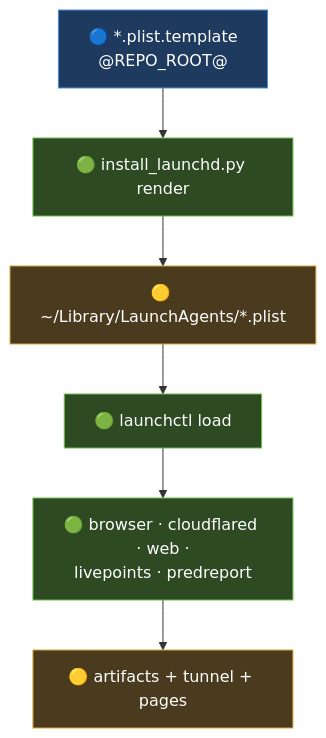
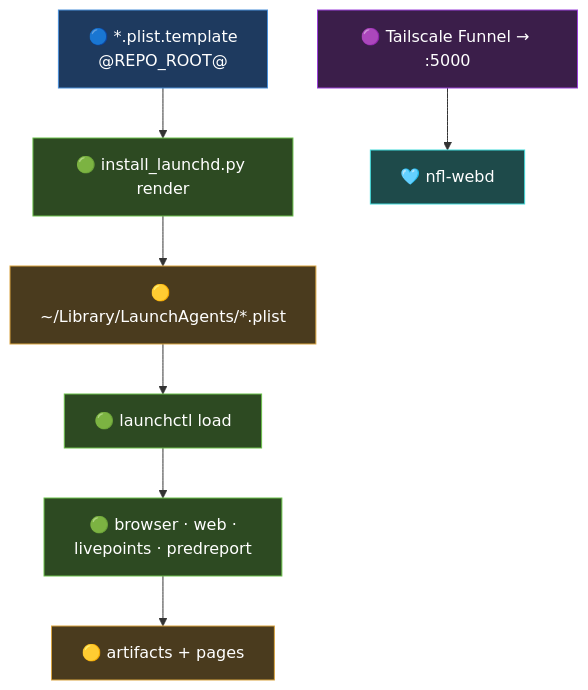
The second of 2 diagrams in docs/code/TESTS_INFRA.md (m0n3r0/nfl), drawn with Mermaid before and after one commit. The commit also changed other lines of this file and 12 other files, not shown here.

First line of the commit message:
web edge: replace cloudflared quick tunnel with Tailscale Funnel

````diff
--- a/docs/code/TESTS_INFRA.md
+++ b/docs/code/TESTS_INFRA.md
@@ -77,14 +78,19 @@
 ```mermaid
 flowchart TD
     TPL["🔵 *.plist.template<br/>@REPO_ROOT@"] --> RENDER["🟢 install_launchd.py render"]
     RENDER --> PLIST["🟡 ~/Library/LaunchAgents/*.plist"]
     PLIST --> LOAD["🟢 launchctl load"]
-    LOAD --> AGENTS["🟢 browser · cloudflared · web ·<br/>livepoints · predreport"]
-    AGENTS --> ART["🟡 artifacts + tunnel + pages"]
+    LOAD --> AGENTS["🟢 browser · web ·<br/>livepoints · predreport"]
+    AGENTS --> ART["🟡 artifacts + pages"]
+    TUNNEL["🟣 Tailscale Funnel → :5000"] --> AXUM["🩵 nfl-webd"]
     classDef in fill:#1e3a5f,stroke:#4a90d9,color:#fff
     classDef fn fill:#2d4a22,stroke:#6abf4b,color:#fff
     classDef out fill:#4a3b1e,stroke:#d9a441,color:#fff
+    classDef edge fill:#3b1e4a,stroke:#9b41d9,color:#fff
+    classDef web fill:#1e4a4a,stroke:#41d9d9,color:#fff
     class TPL in
     class RENDER,LOAD,AGENTS fn
     class PLIST,ART out
+    class TUNNEL edge
+    class AXUM web
 ```
````
